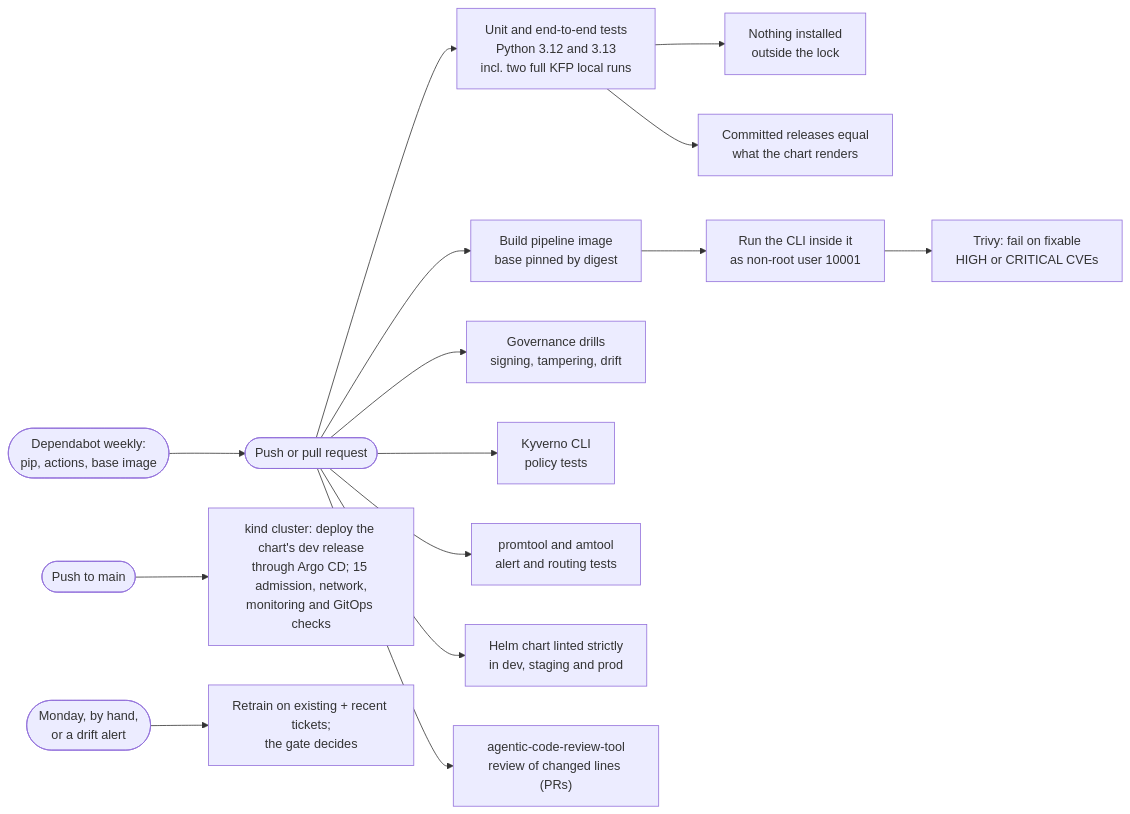
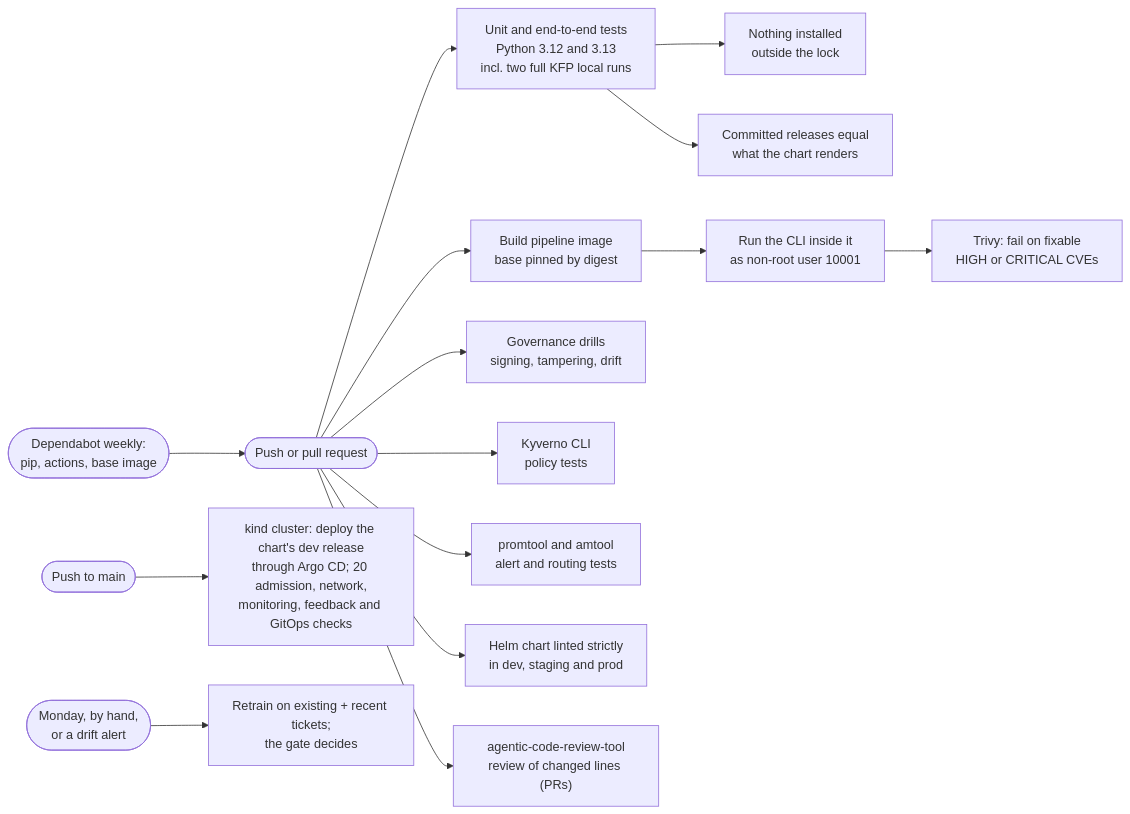
One commit to sunilmehta-si/kubernetes-secure-mlops-pipeline changed the sixth of 6 diagrams in docs/architecture.md. Above: the diagram before and after it, drawn with Mermaid. The commit also changed other lines of this file, not shown here.

Commit message:
Add provenance and the accuracy baseline to what every model carries in the architecture guide

````diff
--- a/docs/architecture.md
+++ b/docs/architecture.md
@@ -178,17 +179,17 @@
 ```mermaid
 flowchart LR
     PR(["Push or pull request"]) --> T["Unit and end-to-end tests<br/>Python 3.12 and 3.13<br/>incl. two full KFP local runs"]
     T --> L["Nothing installed<br/>outside the lock"]
     PR --> I["Build pipeline image<br/>base pinned by digest"]
     I --> U["Run the CLI inside it<br/>as non-root user 10001"]
     U --> V["Trivy: fail on fixable<br/>HIGH or CRITICAL CVEs"]
     PR --> D["Governance drills<br/>signing, tampering, drift"]
     PR --> P["Kyverno CLI<br/>policy tests"]
     PR --> A["promtool and amtool<br/>alert and routing tests"]
     PR --> H["Helm chart linted strictly<br/>in dev, staging and prod"]
     T --> RR["Committed releases equal<br/>what the chart renders"]
     PR --> C["agentic-code-review-tool<br/>review of changed lines (PRs)"]
-    M(["Push to main"]) --> K["kind cluster: deploy the chart's dev release<br/>through Argo CD; 15 admission, network,<br/>monitoring and GitOps checks"]
+    M(["Push to main"]) --> K["kind cluster: deploy the chart's dev release<br/>through Argo CD; 20 admission, network,<br/>monitoring, feedback and GitOps checks"]
     S(["Monday, by hand,<br/>or a drift alert"]) --> R["Retrain on existing + recent tickets;<br/>the gate decides"]
     DB(["Dependabot weekly:<br/>pip, actions, base image"]) --> PR
 ```
````
